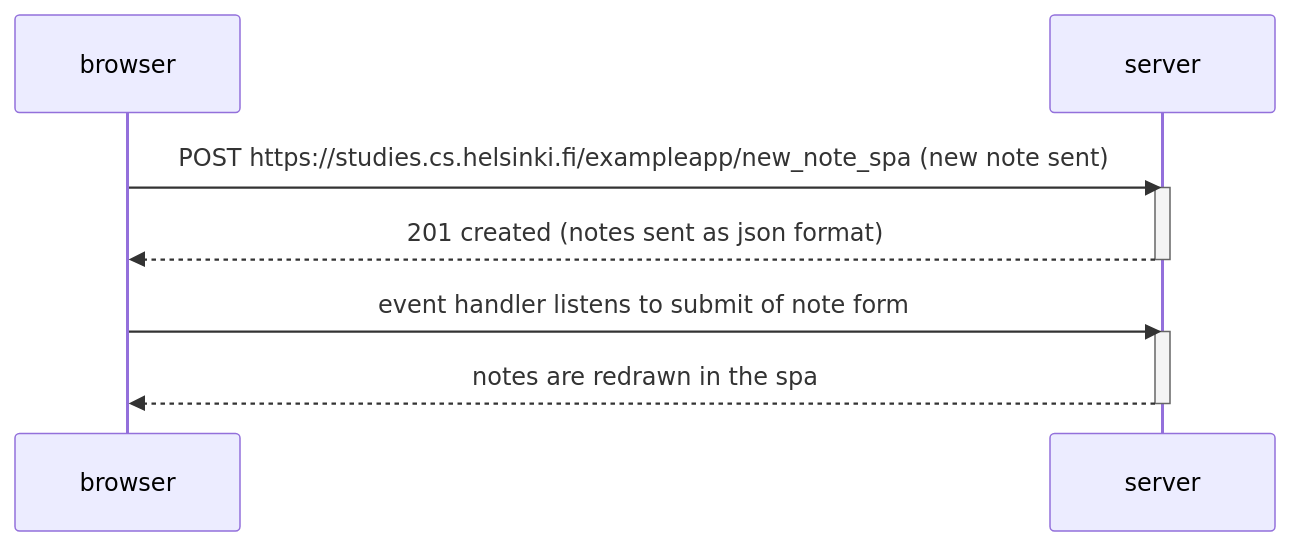
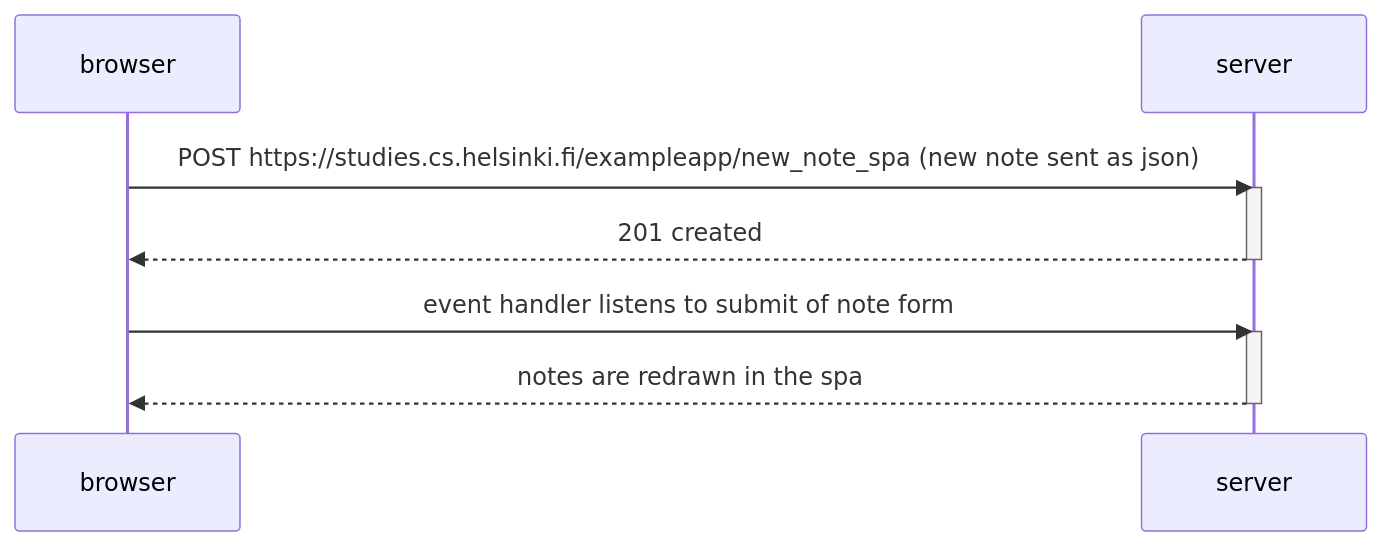
One commit to eduardofuncao/fso changed the diagram in ex06.md. Above: the diagram before and after it, drawn with Mermaid.

````diff
--- a/ex06.md
+++ b/ex06.md
@@ -3,16 +3,16 @@
 ```mermaid
 sequenceDiagram
     participant browser
     participant server
 
-    browser->>server: POST https://studies.cs.helsinki.fi/exampleapp/new_note_spa (new note sent)
+    browser->>server: POST https://studies.cs.helsinki.fi/exampleapp/new_note_spa (new note sent as json)
     activate server
-    server-->>browser: 201 created (notes sent as json format)
+    server-->>browser: 201 created 
     deactivate server
 
     browser->>server: event handler listens to submit of note form
     activate server
     server-->>browser: notes are redrawn in the spa
     deactivate server
 
 ```
````
